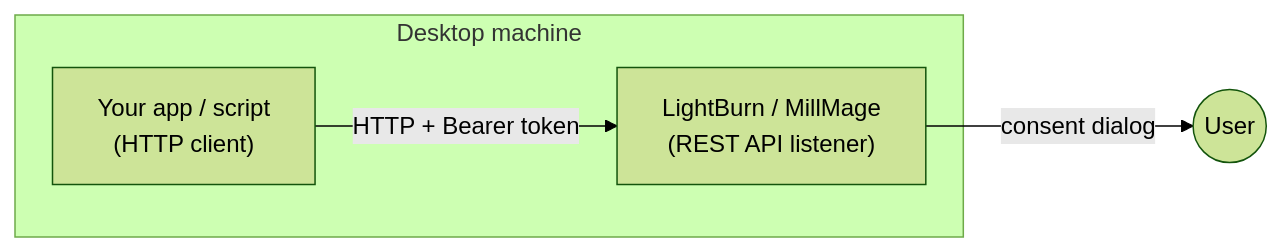
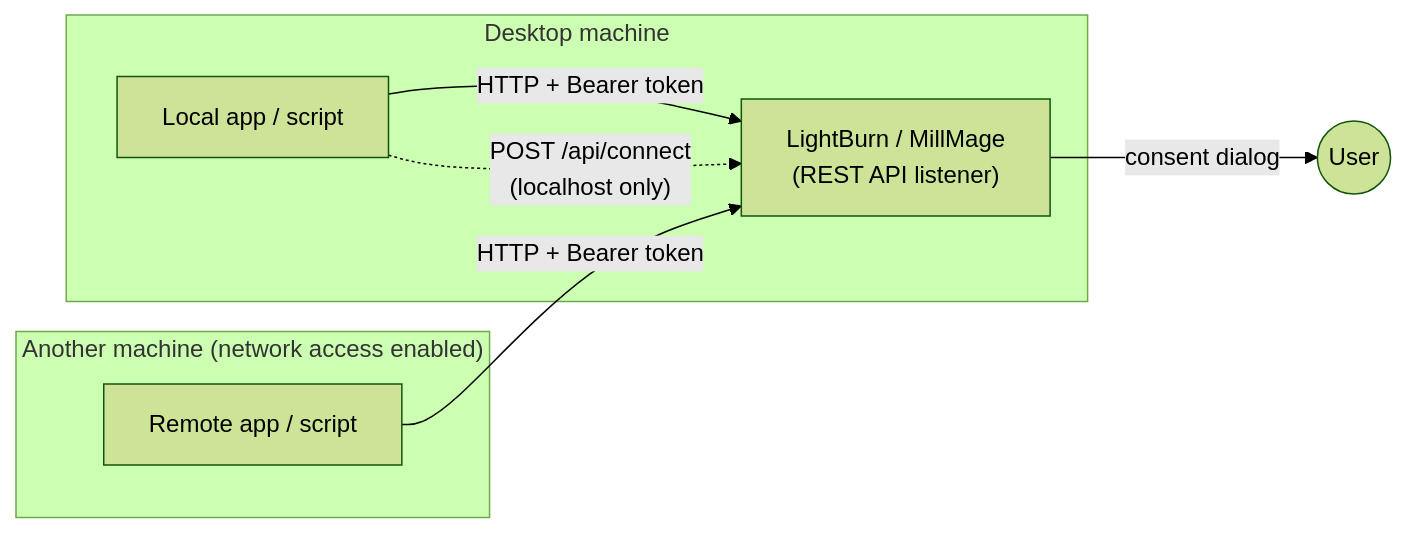
The first of 2 diagrams in docs/overview.md (LightBurnSoftware/LightBurn-REST), drawn with Mermaid (forest theme) before and after one commit. The commit also changed other lines of this file and 20 other files, not shown here.

````diff
--- a/docs/overview.md
+++ b/docs/overview.md
@@ -26,9 +34,14 @@
 ```mermaid
 flowchart LR
     subgraph Desktop["Desktop machine"]
         App["LightBurn / MillMage<br/>(REST API listener)"]
-        Client["Your app / script<br/>(HTTP client)"]
-        Client -- "HTTP + Bearer token" --> App
+        Local["Local app / script"]
+        Local -- "HTTP + Bearer token" --> App
+        Local -. "POST /api/connect<br/>(localhost only)" .-> App
     end
+    subgraph Remote["Another machine (network access enabled)"]
+        Far["Remote app / script"]
+    end
+    Far -- "HTTP + Bearer token" --> App
     App -- "consent dialog" --> User((User))
 ```
````
